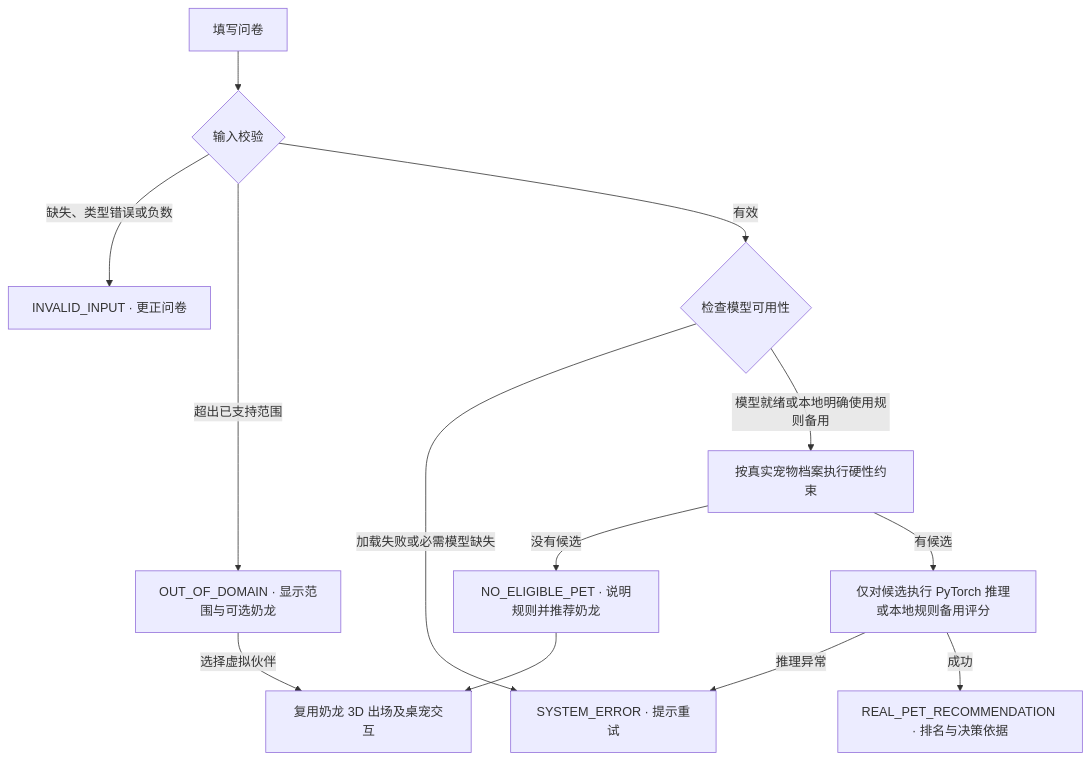
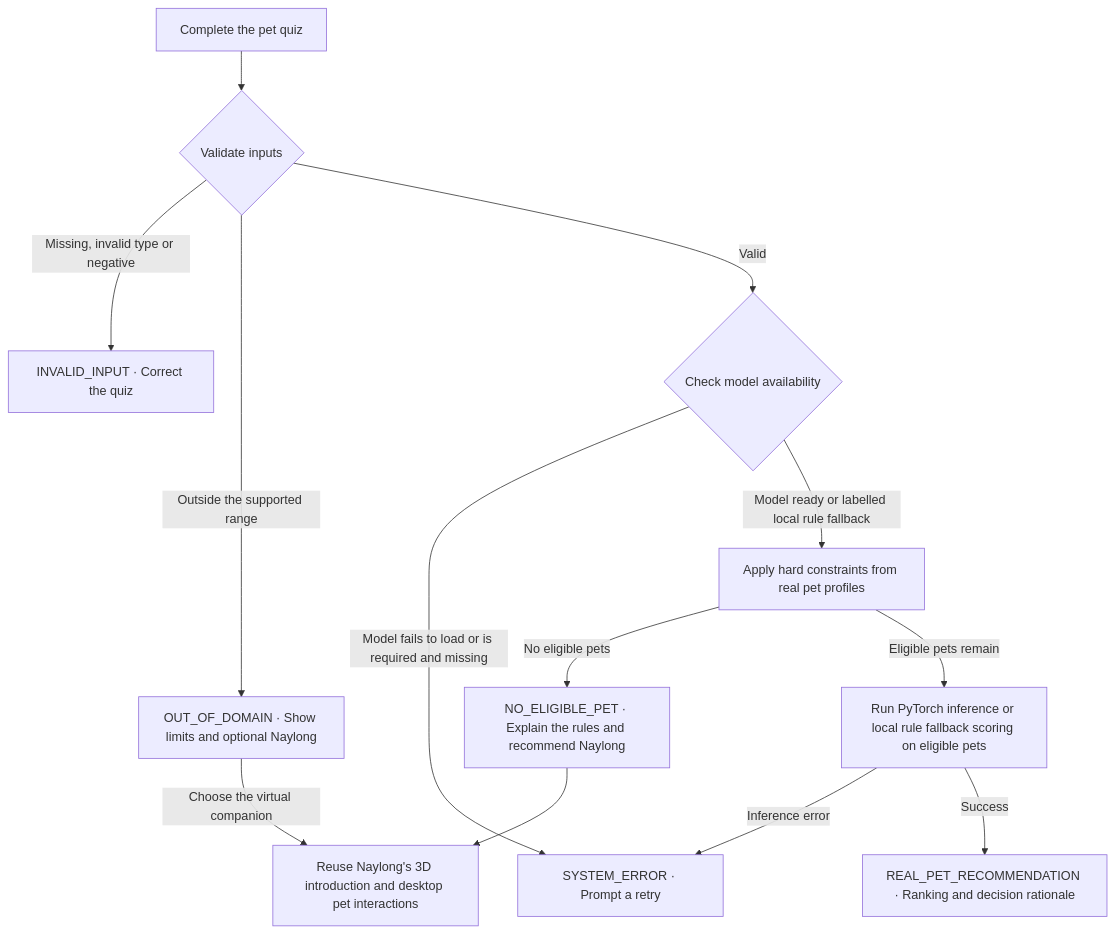
The diagram in README.md (Bruce666-ppp/IDAT7215), drawn with Mermaid before and after one commit. The commit also changed other lines of this file, not shown here.

````diff
--- a/README.md
+++ b/README.md
@@ -115,15 +117,15 @@
 ```mermaid
 flowchart TD
-    Q["填写问卷"] --> V{"输入校验"}
-    V -->|"缺失、类型错误或负数"| I["INVALID_INPUT · 更正问卷"]
-    V -->|"超出已支持范围"| O["OUT_OF_DOMAIN · 显示范围与可选奶龙"]
-    V -->|"有效"| H{"检查模型可用性"}
-    H -->|"加载失败或必需模型缺失"| X["SYSTEM_ERROR · 提示重试"]
-    H -->|"模型就绪或本地明确使用规则备用"| F["按真实宠物档案执行硬性约束"]
-    F -->|"没有候选"| N["NO_ELIGIBLE_PET · 说明规则并推荐奶龙"]
-    F -->|"有候选"| P["仅对候选执行 PyTorch 推理或本地规则备用评分"]
-    P -->|"推理异常"| X
-    P -->|"成功"| R["REAL_PET_RECOMMENDATION · 排名与决策依据"]
-    N --> D["复用奶龙 3D 出场及桌宠交互"]
-    O -->|"选择虚拟伙伴"| D
+    Q["Complete the pet quiz"] --> V{"Validate inputs"}
+    V -->|"Missing, invalid type or negative"| I["INVALID_INPUT · Correct the quiz"]
+    V -->|"Outside the supported range"| O["OUT_OF_DOMAIN · Show limits and optional Naylong"]
+    V -->|"Valid"| H{"Check model availability"}
+    H -->|"Model fails to load or is required and missing"| X["SYSTEM_ERROR · Prompt a retry"]
+    H -->|"Model ready or labelled local rule fallback"| F["Apply hard constraints from real pet profiles"]
+    F -->|"No eligible pets"| N["NO_ELIGIBLE_PET · Explain the rules and recommend Naylong"]
+    F -->|"Eligible pets remain"| P["Run PyTorch inference or local rule fallback scoring on eligible pets"]
+    P -->|"Inference error"| X
+    P -->|"Success"| R["REAL_PET_RECOMMENDATION · Ranking and decision rationale"]
+    N --> D["Reuse Naylong's 3D introduction and desktop pet interactions"]
+    O -->|"Choose the virtual companion"| D
 ```
````
